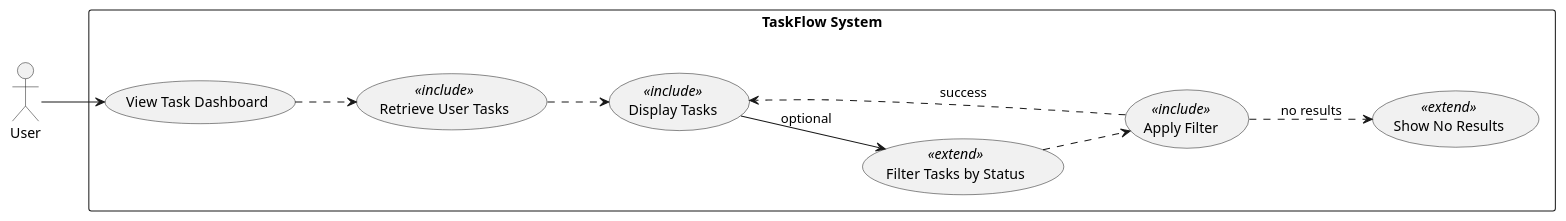
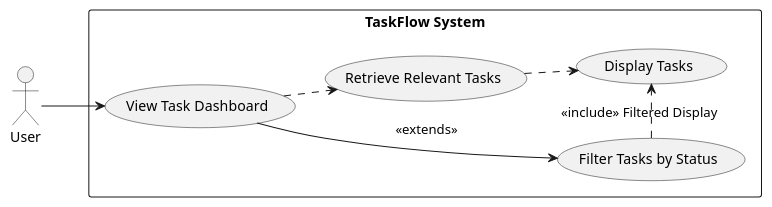
Before and after one commit to Chaman532003/framework: the seventh of 8 diagrams in artifacts/spec/spec.md, drawn with PlantUML. The commit also changed other lines of this file, not shown here.

````diff
--- a/artifacts/spec/spec.md
+++ b/artifacts/spec/spec.md
@@ -462,26 +550,21 @@
 ```plantuml
 @startuml
 left to right direction
 skinparam packageStyle rectangle
 
 actor User
 
 rectangle "TaskFlow System" {
-  usecase (View Task Dashboard) as UC6_1
-  usecase (Retrieve User Tasks) as UC6_2 <<include>>
-  usecase (Display Tasks) as UC6_3 <<include>>
-  usecase (Filter Tasks by Status) as UC6_4 <<extend>>
-  usecase (Apply Filter) as UC6_5 <<include>>
-  usecase (Show No Results) as UC6_6 <<extend>>
+  usecase (View Task Dashboard) as UC8
+  usecase (Retrieve Relevant Tasks) as UC8a
+  usecase (Display Tasks) as UC8b
+  usecase (Filter Tasks by Status) as UC8c
 }
 
-User --> UC6_1
-UC6_1 ..> UC6_2
-UC6_2 ..> UC6_3
-UC6_3 --> UC6_4 : optional
-UC6_4 ..> UC6_5
-UC6_5 ..> UC6_3 : success
-UC6_5 ..> UC6_6 : no results
-
+User --> UC8
+UC8 .> UC8a : <<include>>
+UC8a .> UC8b : <<include>>
+UC8 --> UC8c : <<extends>>
+UC8c .> UC8b : <<include>> Filtered Display
 @enduml
 ```
````
